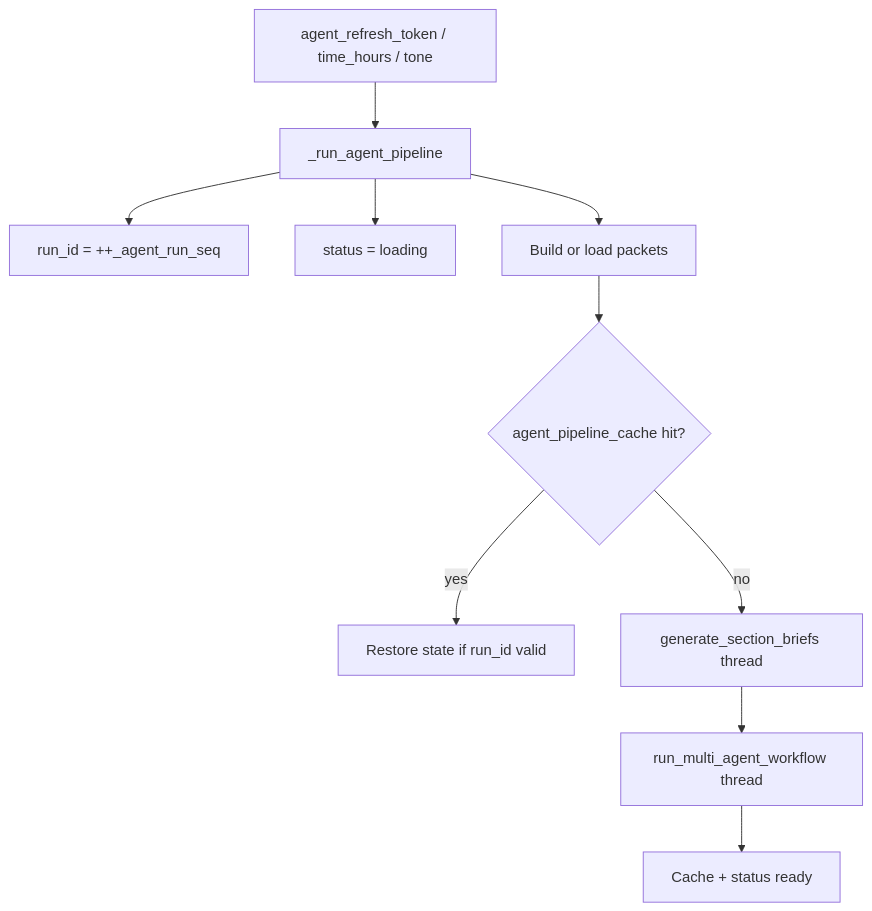
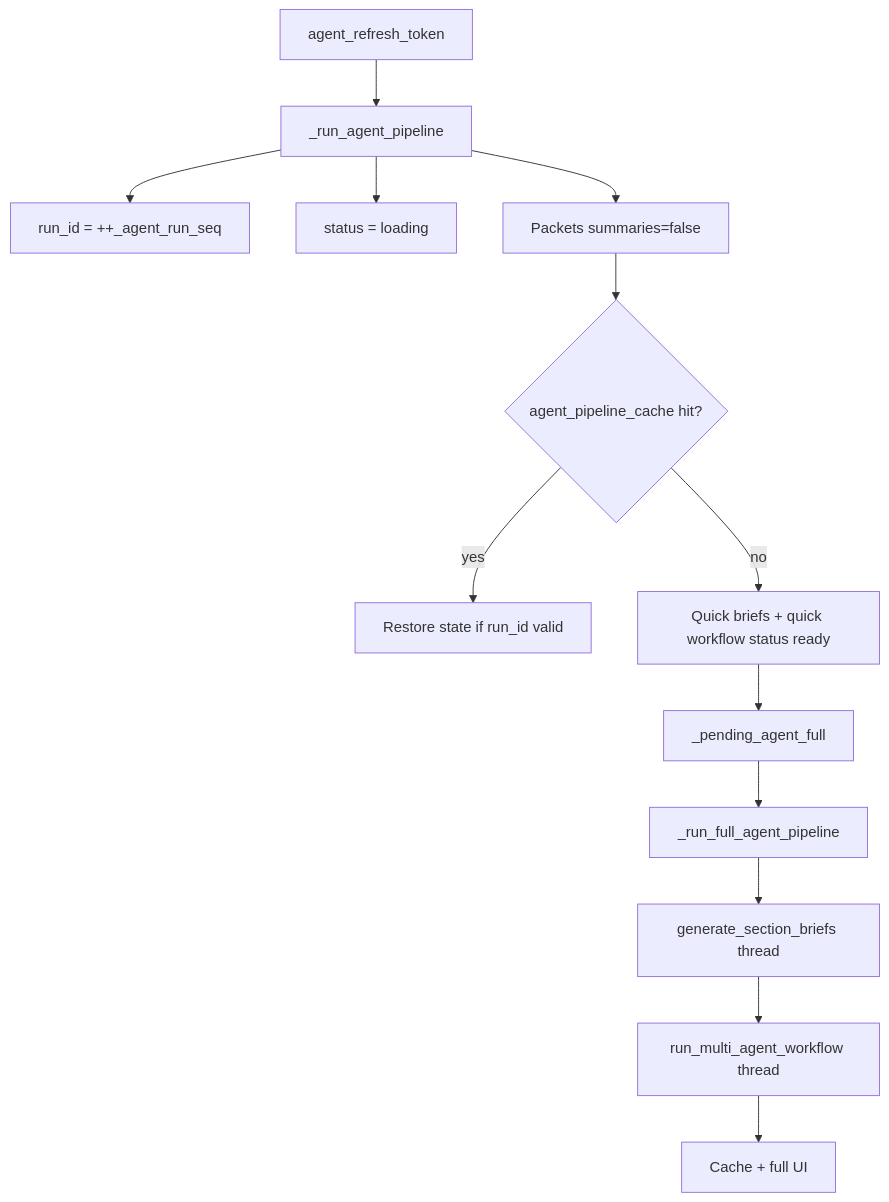
Before and after one commit to janhaviprof-bot/DS-AIforSystemsEng-Project: the sixth of 10 diagrams in docs/README-AppV1-Multi-Agent-Architecture.md, drawn with Mermaid. The commit also changed other lines of this file and 3 other files, not shown here.

First line of the commit message:
Docs: document progressive load, two-phase agents, NYT cache (v2.1.0)

````diff
--- a/docs/README-AppV1-Multi-Agent-Architecture.md
+++ b/docs/README-AppV1-Multi-Agent-Architecture.md
@@ -341,12 +361,15 @@
 ```mermaid
 flowchart TD
-    TR[agent_refresh_token / time_hours / tone] --> EF[_run_agent_pipeline]
+    TR[agent_refresh_token] --> EF[_run_agent_pipeline]
     EF --> SEQ[run_id = ++_agent_run_seq]
     EF --> LD[status = loading]
-    EF --> PK[Build or load packets]
+    EF --> PK[Packets summaries=false]
     PK --> CK{agent_pipeline_cache hit?}
     CK -->|yes| RST[Restore state if run_id valid]
-    CK -->|no| SB[generate_section_briefs thread]
+    CK -->|no| QK[Quick briefs + quick workflow status ready]
+    QK --> PF[_pending_agent_full]
+    PF --> FULL[_run_full_agent_pipeline]
+    FULL --> SB[generate_section_briefs thread]
     SB --> MW[run_multi_agent_workflow thread]
-    MW --> SAVE[Cache + status ready]
+    MW --> SAVE[Cache + full UI]
 ```
````
